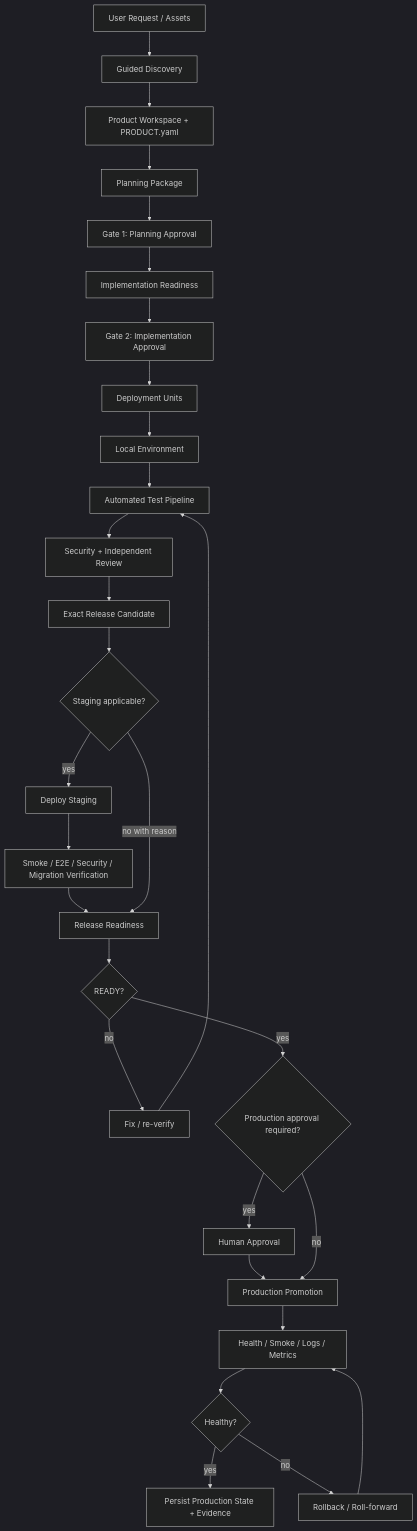
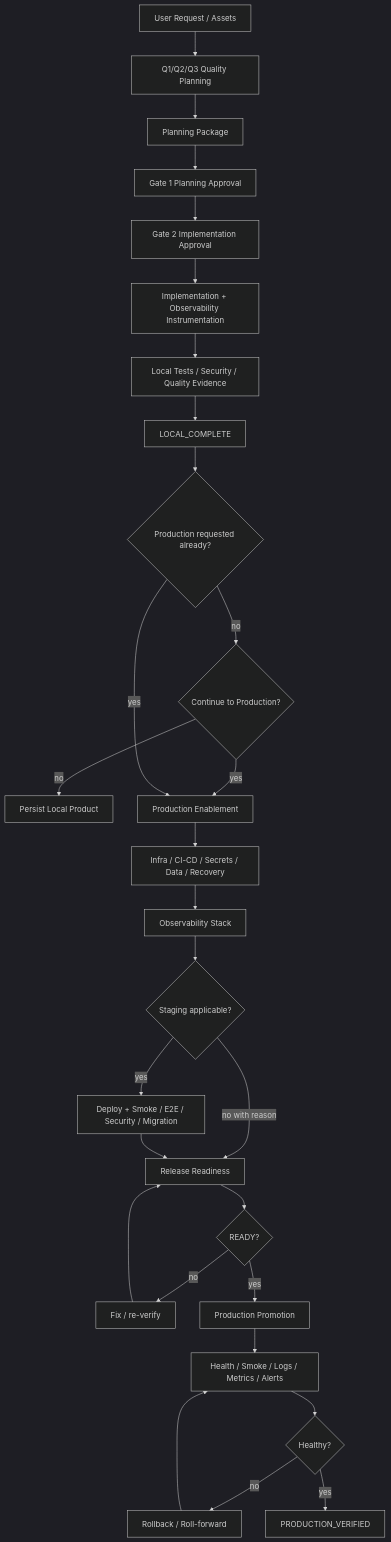
One commit to LucasLu3918/ai-product-system changed diagram 11 of 20 in docs/ARCHITECTURE.md. Above: the diagram before and after it, drawn with Mermaid (dark theme). The commit also changed other lines of this file and 7 other files, not shown here.

Commit message:
docs(architecture): sync diagrams and require impact review for core changes

```diff
--- a/docs/ARCHITECTURE.md
+++ b/docs/ARCHITECTURE.md
@@ -234,31 +248,30 @@
 ~~~mermaid
 flowchart TD
-    U[User Request / Assets] --> D[Guided Discovery]
-    D --> PW[Product Workspace + PRODUCT.yaml]
-    PW --> PP[Planning Package]
-    PP --> G1[Gate 1: Planning Approval]
-    G1 --> IR[Implementation Readiness]
-    IR --> G2[Gate 2: Implementation Approval]
-    G2 --> DU[Deployment Units]
-    DU --> L[Local Environment]
-    L --> T[Automated Test Pipeline]
-    T --> S[Security + Independent Review]
-    S --> RC[Exact Release Candidate]
-    RC --> ST{Staging applicable?}
-    ST -->|yes| SD[Deploy Staging]
-    SD --> SV[Smoke / E2E / Security / Migration Verification]
-    SV --> RR[Release Readiness]
-    ST -->|no with reason| RR
+    U[User Request / Assets] --> Q[Q1/Q2/Q3 Quality Planning]
+    Q --> PP[Planning Package]
+    PP --> G1[Gate 1 Planning Approval]
+    G1 --> G2[Gate 2 Implementation Approval]
+    G2 --> I[Implementation + Observability Instrumentation]
+    I --> V[Local Tests / Security / Quality Evidence]
+    V --> LC[LOCAL_COMPLETE]
+    LC --> R{Production requested already?}
+    R -->|no| ASK{Continue to Production?}
+    ASK -->|no| HOLD[Persist Local Product]
+    ASK -->|yes| PE[Production Enablement]
+    R -->|yes| PE
+    PE --> INF[Infra / CI-CD / Secrets / Data / Recovery]
+    INF --> OBS[Observability Stack]
+    OBS --> ST{Staging applicable?}
+    ST -->|yes| SV[Deploy + Smoke / E2E / Security / Migration]
+    ST -->|no with reason| RR[Release Readiness]
+    SV --> RR
     RR --> READY{READY?}
     READY -->|no| FIX[Fix / re-verify]
-    FIX --> T
-    READY -->|yes| AP{Production approval required?}
-    AP -->|yes| HA[Human Approval]
-    HA --> PROD[Production Promotion]
-    AP -->|no| PROD
-    PROD --> PV[Health / Smoke / Logs / Metrics]
+    FIX --> RR
+    READY -->|yes| PROD[Production Promotion]
+    PROD --> PV[Health / Smoke / Logs / Metrics / Alerts]
     PV --> OK{Healthy?}
-    OK -->|yes| DONE[Persist Production State + Evidence]
     OK -->|no| REC[Rollback / Roll-forward]
     REC --> PV
+    OK -->|yes| DONE[PRODUCTION_VERIFIED]
 ~~~
```
